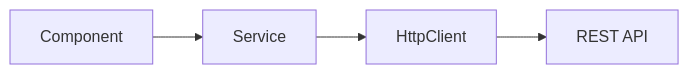
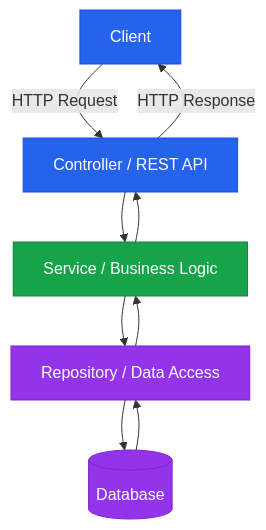
One commit to leosalazar97/leosalazar97 changed the second of 5 diagrams in README.md. Above: the diagram before and after it, drawn with Mermaid. The commit also changed other lines of this file, not shown here.

````diff
--- a/README.md
+++ b/README.md
@@ -98,6 +94,18 @@
 ```mermaid
-flowchart LR
-    A[Component] --> B[Service]
-    B --> C[HttpClient]
-    C --> D[REST API]
+flowchart TD
+    A[Client] -->|HTTP Request| B[Controller / REST API]
+    B --> C[Service / Business Logic]
+    C --> D[Repository / Data Access]
+    D --> E[(Database)]
+    E --> D
+    D --> C
+    C --> B
+    B -->|HTTP Response| A
+
+    classDef api fill:#2563eb,color:#fff,stroke:#1d4ed8
+    classDef logic fill:#16a34a,color:#fff,stroke:#15803d
+    classDef data fill:#9333ea,color:#fff,stroke:#7e22ce
+    class A,B api
+    class C logic
+    class D,E data
 ```
````
